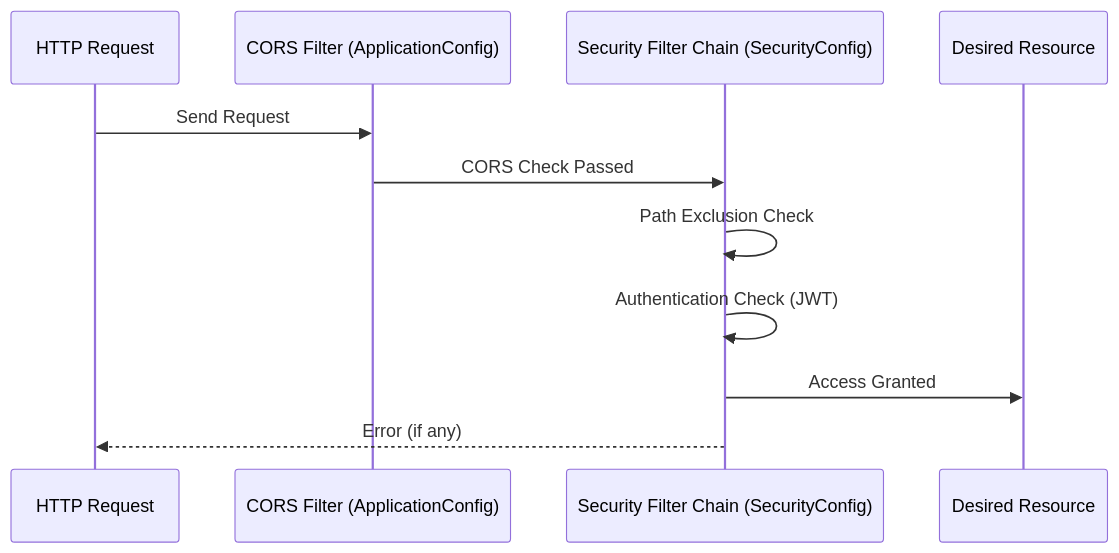
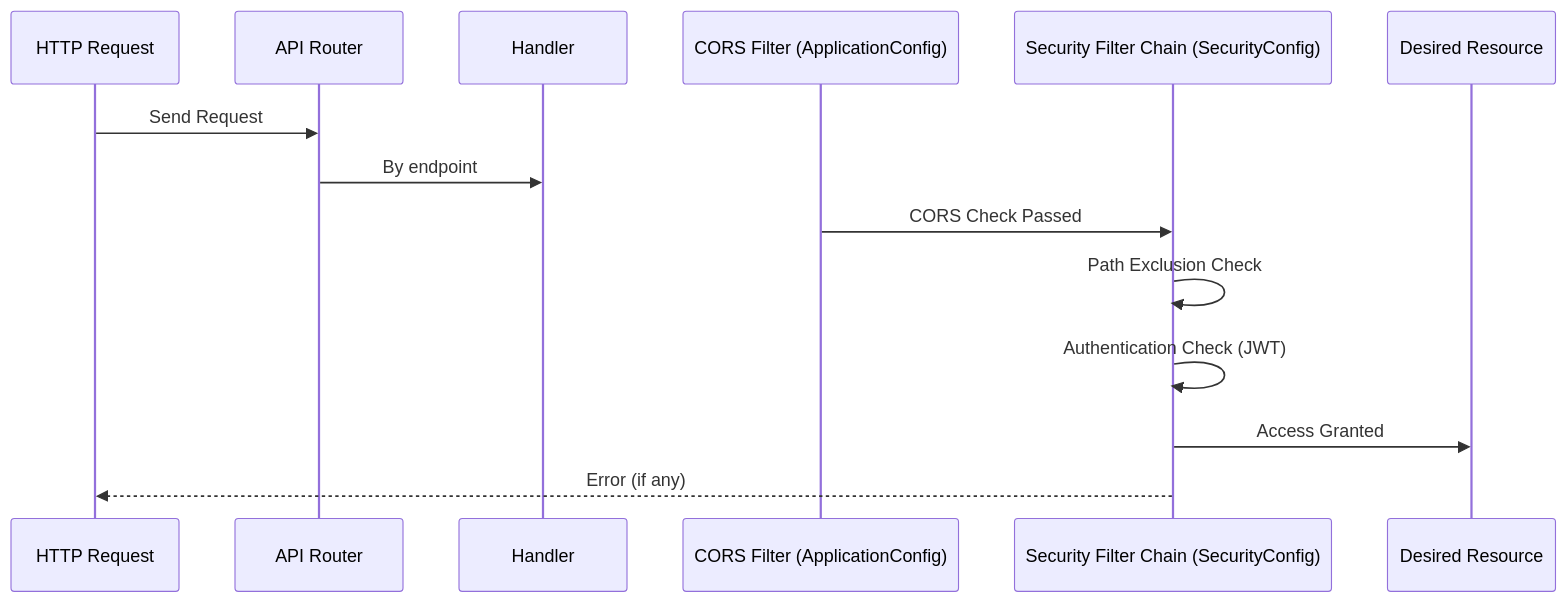
The fifth of 5 diagrams in README.md (aeharriman/notes-on-auth0-java-springboot), drawn with Mermaid before and after one commit. The commit also changed 7 other files, not shown here.

````diff
--- a/README.md
+++ b/README.md
@@ -149,13 +149,16 @@
 ```mermaid
 sequenceDiagram
     participant HttpRequest as HTTP Request
+    participant Router as API Router
+    participant Handler as Handler
     participant CorsFilter as CORS Filter (ApplicationConfig)
     participant SecurityFilterChain as Security Filter Chain (SecurityConfig)
     participant Resource as Desired Resource
-    HttpRequest->>CorsFilter: Send Request
+    HttpRequest->>Router: Send Request
+    Router->>Handler: By endpoint
     CorsFilter->>SecurityFilterChain: CORS Check Passed
     SecurityFilterChain->>SecurityFilterChain: Path Exclusion Check
     SecurityFilterChain->>SecurityFilterChain: Authentication Check (JWT)
     SecurityFilterChain->>Resource: Access Granted
     SecurityFilterChain-->>HttpRequest: Error (if any)
 ```
````
